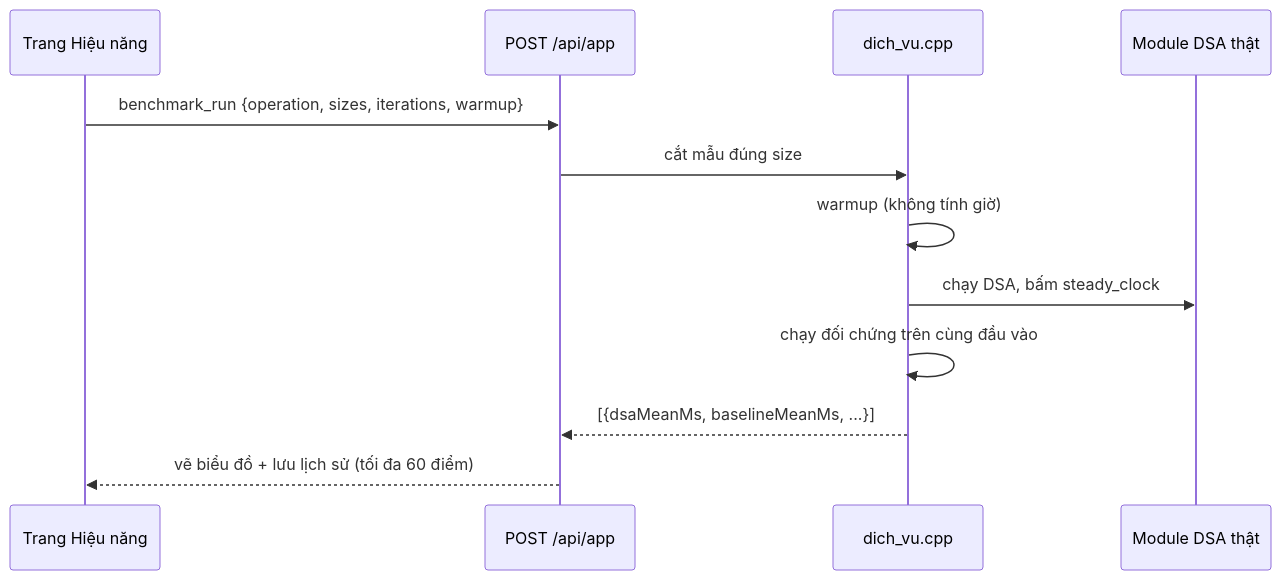
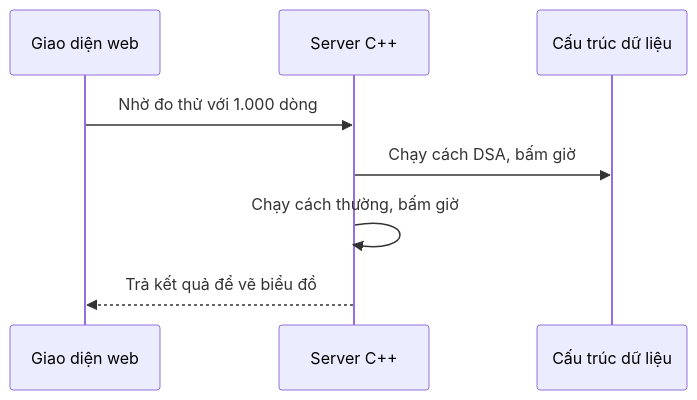
The third of 3 diagrams in README.md (nguyenkhang310/ecommerce-warehouse-dsa), drawn with Mermaid before and after one commit. The commit also changed other lines of this file, not shown here.

Commit message:
Đơn giản hóa biểu đồ README cho dễ đọc

````diff
--- a/README.md
+++ b/README.md
@@ -96,14 +72,10 @@
 ```mermaid
 sequenceDiagram
-    participant UI as Trang Hiệu năng
-    participant API as POST /api/app
-    participant C as dich_vu.cpp
-    participant M as Module DSA thật
-    UI->>API: benchmark_run {operation, sizes, iterations, warmup}
-    API->>C: cắt mẫu đúng size
-    C->>C: warmup (không tính giờ)
-    C->>M: chạy DSA, bấm steady_clock
-    C->>C: chạy đối chứng trên cùng đầu vào
-    C-->>API: [{dsaMeanMs, baselineMeanMs, ...}]
-    API-->>UI: vẽ biểu đồ + lưu lịch sử (tối đa 60 điểm)
+    participant Web as Giao diện web
+    participant Server as Server C++
+    participant DSA as Cấu trúc dữ liệu
+    Web->>Server: Nhờ đo thử với 1.000 dòng
+    Server->>DSA: Chạy cách DSA, bấm giờ
+    Server->>Server: Chạy cách thường, bấm giờ
+    Server-->>Web: Trả kết quả để vẽ biểu đồ
 ```
````
